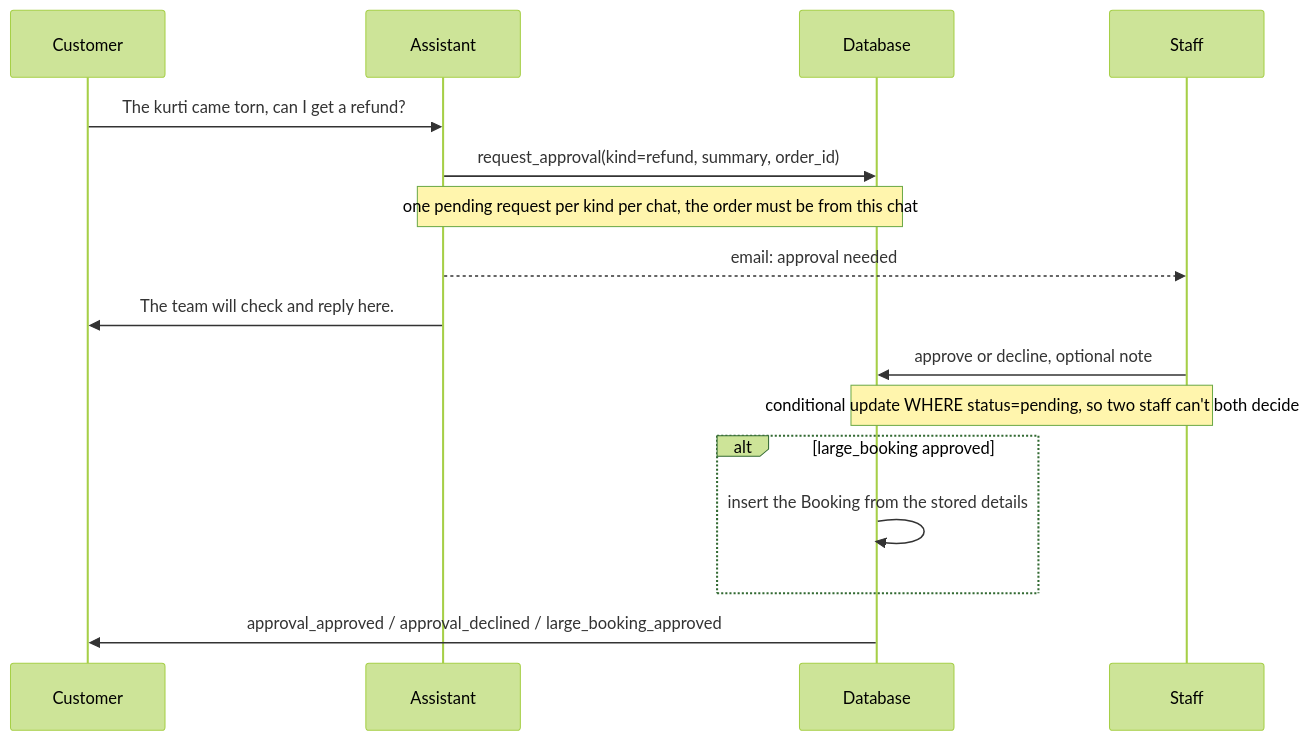
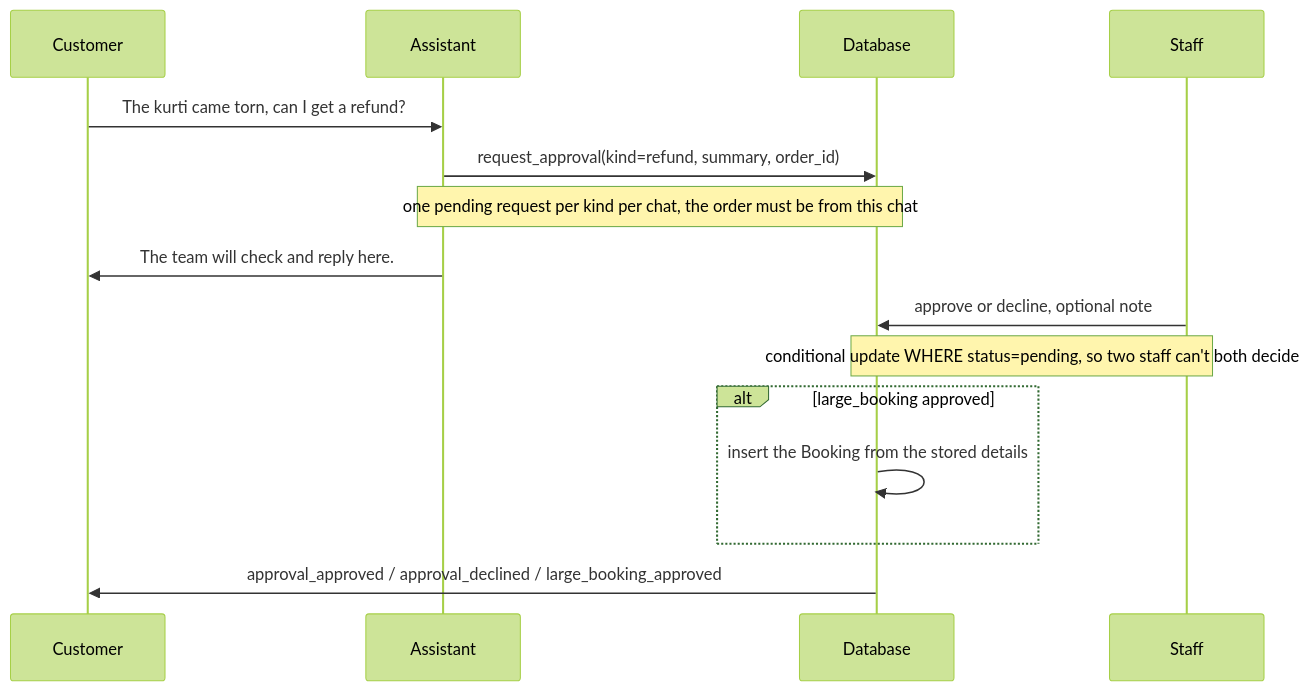
Before and after one commit to NiloyBhattacharjee/MITUai: diagram 19 of 28 in README.md, drawn with Mermaid (forest theme). The commit also changed other lines of this file and 18 other files, not shown here.

````diff
--- a/README.md
+++ b/README.md
@@ -681,18 +664,17 @@
 ```mermaid
 sequenceDiagram
     participant C as Customer
     participant A as Assistant
     participant DB as Database
     participant S as Staff
     C->>A: The kurti came torn, can I get a refund?
     A->>DB: request_approval(kind=refund, summary, order_id)
     Note over A,DB: one pending request per kind per chat, the order must be from this chat
-    A-->>S: email: approval needed
     A->>C: The team will check and reply here.
     S->>DB: approve or decline, optional note
     Note over S,DB: conditional update WHERE status=pending, so two staff can't both decide
     alt large_booking approved
         DB->>DB: insert the Booking from the stored details
     end
     DB->>C: approval_approved / approval_declined / large_booking_approved
 ```
````
